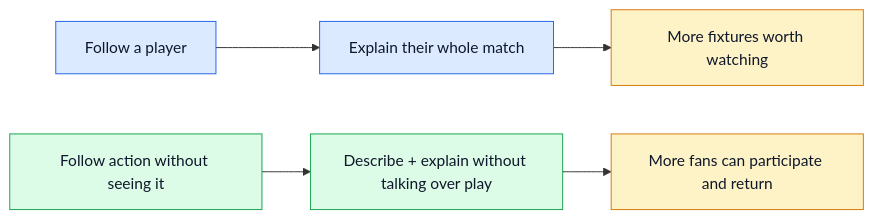
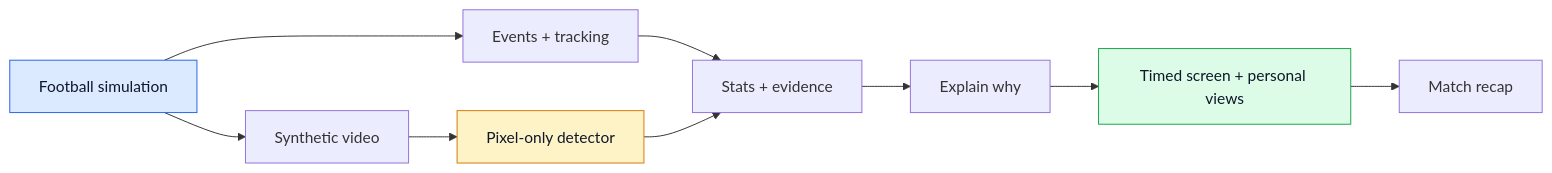
One commit to taka6745/insidethegame changed the second of 3 diagrams in research/ideas/README.md. Above: the diagram before and after it, drawn with Mermaid. The commit also changed other lines of this file and 2 other files, not shown here.

Commit message:
Explore distinct fan experiences and graph challenged scores

````diff
--- a/research/ideas/README.md
+++ b/research/ideas/README.md
@@ -7,11 +186,14 @@
 ```mermaid
 flowchart LR
-  P[Follow a player] --> C[Explain their whole match] --> V[More fixtures worth watching]
-  A[Follow action without seeing it] --> D[Describe + explain without talking over play] --> R[More fans can participate and return]
-  style P fill:#dbeafe,stroke:#2563eb,color:#0f172a
-  style C fill:#dbeafe,stroke:#2563eb,color:#0f172a
-  style A fill:#dcfce7,stroke:#16a34a,color:#0f172a
-  style D fill:#dcfce7,stroke:#16a34a,color:#0f172a
-  style V fill:#fef3c7,stroke:#d97706,color:#0f172a
-  style R fill:#fef3c7,stroke:#d97706,color:#0f172a
+  S[Football simulation] --> E[Events + tracking]
+  S --> V[Synthetic video]
+  V --> P[Pixel-only detector]
+  E --> I[Stats + evidence]
+  P --> I
+  I --> N[Explain why]
+  N --> O[Timed screen + personal views]
+  O --> R[Match recap]
+  style S fill:#dbeafe,stroke:#2563eb,color:#0f172a
+  style P fill:#fef3c7,stroke:#d97706,color:#0f172a
+  style O fill:#dcfce7,stroke:#16a34a,color:#0f172a
 ```
````
